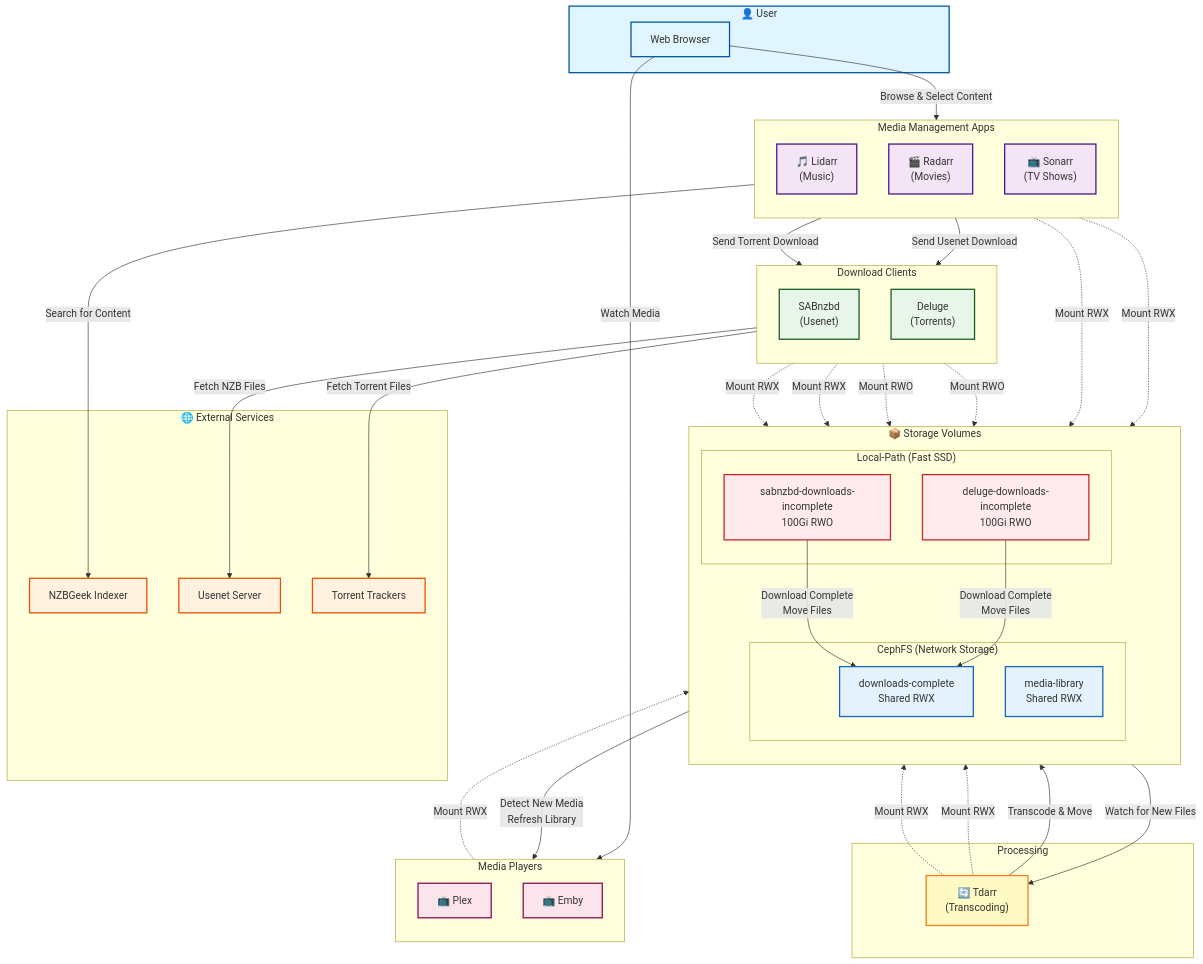
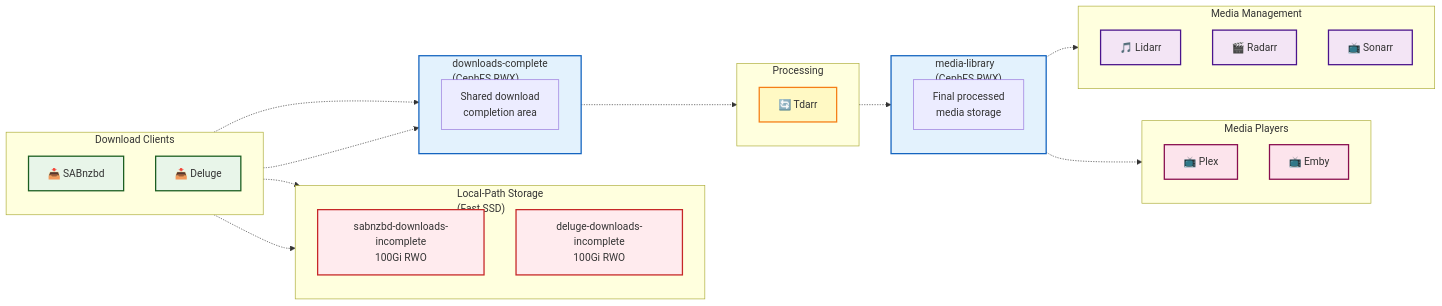
The second of 2 diagrams in docs/media-architecture-diagram.md (emcniece/homelab), drawn with Mermaid before and after one commit. The commit also changed other lines of this file and 3 other files, not shown here.

Commit message:
Simplify diagrams & volume mounts

````diff
--- a/docs/media-architecture-diagram.md
+++ b/docs/media-architecture-diagram.md
@@ -7,30 +43,37 @@
 ```mermaid
-flowchart TB
-    subgraph User["👤 User"]
-        UserBrowser["Web Browser"]
+flowchart LR
+    subgraph Downloaders["Download Clients"]
+        direction TB
+        SABnzbd["📥 SABnzbd"]
+        Deluge["📥 Deluge"]
     end
 
-    subgraph External["🌐 External Services"]
-        NZBGeek["NZBGeek Indexer"]
-        UsenetServer["Usenet Server"]
-        TorrentTrackers["Torrent Trackers"]
+    subgraph LocalStorage["Local-Path Storage<br/>(Fast SSD)"]
+        direction TB
+        SABIncomplete["sabnzbd-downloads-incomplete<br/>100Gi RWO"]
+        DelugeIncomplete["deluge-downloads-incomplete<br/>100Gi RWO"]
     end
 
-    subgraph Media["Media Management Apps"]
+    subgraph SharedDownloads["downloads-complete<br/>(CephFS RWX)"]
         direction TB
-        Lidarr["🎵 Lidarr<br/>(Music)"]
-        Radarr["🎬 Radarr<br/>(Movies)"]
-        Sonarr["📺 Sonarr<br/>(TV Shows)"]
-    end
-
-    subgraph Downloaders["Download Clients"]
-        direction TB
-        SABnzbd["SABnzbd<br/>(Usenet)"]
-        Deluge["Deluge<br/>(Torrents)"]
+        DCVolume["Shared download<br/>completion area"]
     end
 
     subgraph Processing["Processing"]
-        Tdarr["🔄 Tdarr<br/>(Transcoding)"]
+        direction TB
+        Tdarr["🔄 Tdarr"]
+    end
+
+    subgraph MediaLib["media-library<br/>(CephFS RWX)"]
+        direction TB
+        MLVolume["Final processed<br/>media storage"]
+    end
+
+    subgraph MediaManagement["Media Management"]
+        direction TB
+        Lidarr["🎵 Lidarr"]
+        Radarr["🎬 Radarr"]
+        Sonarr["📺 Sonarr"]
     end
 
     subgraph Players["Media Players"]
@@ -39,75 +82,34 @@
         Emby["📺 Emby"]
     end
 
-    subgraph Volumes["📦 Storage Volumes"]
-        direction TB
-        
-        subgraph LocalPath["Local-Path (Fast SSD)"]
-            DelugeIncomplete["deluge-downloads-incomplete<br/>100Gi RWO"]
-            SABIncomplete["sabnzbd-downloads-incomplete<br/>100Gi RWO"]
-        end
-        
-        subgraph CephFS["CephFS (Network Storage)"]
-            DownloadsComplete["downloads-complete<br/>Shared RWX"]
-            MediaLibrary["media-library<br/>Shared RWX"]
-        end
-    end
+    %% Downloader connections
+    SABnzbd -.-> SABIncomplete
+    Deluge -.-> DelugeIncomplete
+    SABnzbd -.-> SharedDownloads
+    Deluge -.-> SharedDownloads
 
-    %% User interactions
-    UserBrowser -->|"Browse & Select Content"| Media
-    UserBrowser -->|"Watch Media"| Players
+    %% Processing connections
+    SharedDownloads -.-> Processing
+    Processing -.-> MediaLib
 
-    %% Media management app workflows
-    Media -->|"Search for Content"| NZBGeek
-    Media -->|"Send Usenet Download"| SABnzbd
-    Media -->|"Send Torrent Download"| Deluge
+    %% Media management connections
+    MediaLib -.-> MediaManagement
 
-    %% Downloader workflows
-    SABnzbd -->|"Fetch NZB Files"| UsenetServer
-    Deluge -->|"Fetch Torrent Files"| TorrentTrackers
-    
-    %% Volume mounts - Downloaders
-    SABnzbd -.->|"Mount RWO"| SABIncomplete
-    Deluge -.->|"Mount RWO"| DelugeIncomplete
-    SABnzbd -.->|"Mount RWX"| DownloadsComplete
-    Deluge -.->|"Mount RWX"| DownloadsComplete
-    
-    %% Download process
-    SABIncomplete -->|"Download Complete<br/>Move Files"| DownloadsComplete
-    DelugeIncomplete -->|"Download Complete<br/>Move Files"| DownloadsComplete
-    
-    %% Processing workflow
-    DownloadsComplete -->|"Watch for New Files"| Tdarr
-    Tdarr -->|"Transcode & Move"| MediaLibrary
-    
-    %% Media management mounts
-    Media -.->|"Mount RWX"| DownloadsComplete
-    Media -.->|"Mount RWX"| MediaLibrary
-    
-    %% Processing mounts
-    Tdarr -.->|"Mount RWX"| DownloadsComplete
-    Tdarr -.->|"Mount RWX"| MediaLibrary
-    
-    %% Player mounts
-    Players -.->|"Mount RWX"| MediaLibrary
-    MediaLibrary -->|"Detect New Media<br/>Refresh Library"| Players
+    %% Player connections
+    MediaLib -.-> Players
 
     %% Styling
-    classDef userClass fill:#e1f5ff,stroke:#01579b,stroke-width:2px
-    classDef externalClass fill:#fff3e0,stroke:#e65100,stroke-width:2px
-    classDef mediaClass fill:#f3e5f5,stroke:#4a148c,stroke-width:2px
-    classDef downloadClass fill:#e8f5e9,stroke:#1b5e20,stroke-width:2px
-    classDef processClass fill:#fff9c4,stroke:#f57f17,stroke-width:2px
-    classDef playerClass fill:#fce4ec,stroke:#880e4f,stroke-width:2px
-    classDef localClass fill:#ffebee,stroke:#c62828,stroke-width:2px
-    classDef cephClass fill:#e3f2fd,stroke:#1565c0,stroke-width:2px
-    
-    class User,UserBrowser userClass
-    class NZBGeek,UsenetServer,TorrentTrackers externalClass
-    class Lidarr,Radarr,Sonarr mediaClass
-    class SABnzbd,Deluge downloadClass
-    class Tdarr processClass
-    class Plex,Emby playerClass
-    class DelugeIncomplete,SABIncomplete localClass
-    class DownloadsComplete,MediaLibrary cephClass
+    classDef downloadAppClass fill:#e8f5e9,stroke:#1b5e20,stroke-width:2px
+    classDef localVolumeClass fill:#ffebee,stroke:#c62828,stroke-width:2px
+    classDef sharedVolumeClass fill:#e3f2fd,stroke:#1565c0,stroke-width:2px
+    classDef mediaAppClass fill:#f3e5f5,stroke:#4a148c,stroke-width:2px
+    classDef processAppClass fill:#fff9c4,stroke:#f57f17,stroke-width:2px
+    classDef playerAppClass fill:#fce4ec,stroke:#880e4f,stroke-width:2px
+
+    class SABnzbd,Deluge downloadAppClass
+    class SABIncomplete,DelugeIncomplete localVolumeClass
+    class SharedDownloads,MediaLib sharedVolumeClass
+    class Lidarr,Radarr,Sonarr mediaAppClass
+    class Tdarr processAppClass
+    class Plex,Emby playerAppClass
 ```
````
